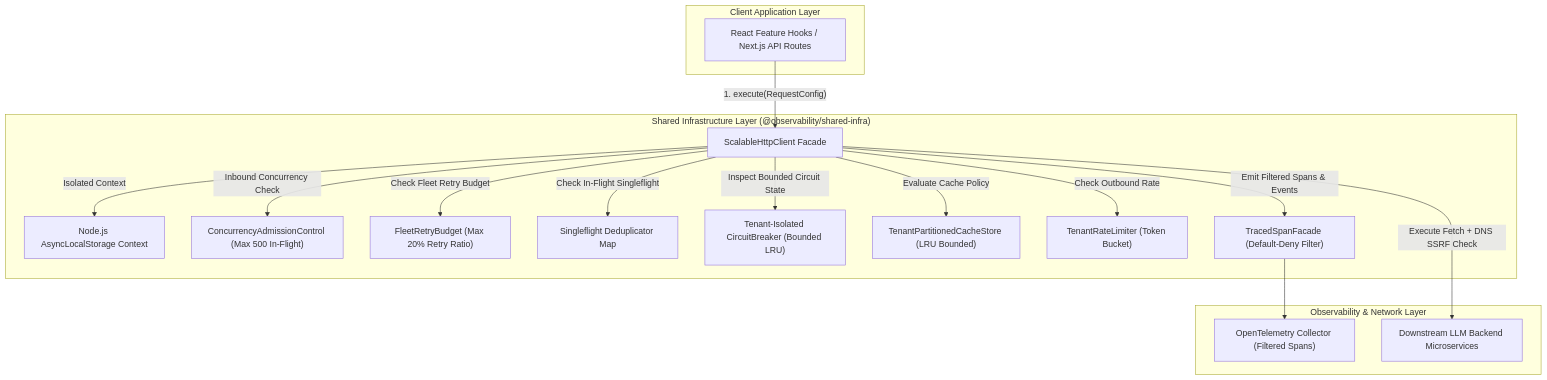
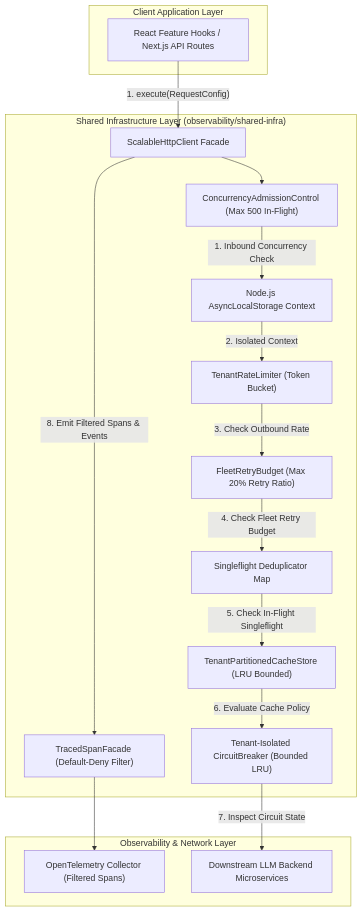
One commit to Chief-Strategist-J/llm-observability-platform changed the first of 5 diagrams in packages/node/shared-infra/docs/adr/0001-scalable-resilient-telemetry-http-pipeline.md. Above: the diagram before and after it, drawn with Mermaid. The commit also changed other lines of this file, not shown here.

Commit message:
fix(docs): restructure HLA graph flow and escape operators in ADR 0001

````diff
--- a/packages/node/shared-infra/docs/adr/0001-scalable-resilient-telemetry-http-pipeline.md
+++ b/packages/node/shared-infra/docs/adr/0001-scalable-resilient-telemetry-http-pipeline.md
@@ -107,35 +107,35 @@
 ```mermaid
 graph TD
   subgraph ClientApp ["Client Application Layer"]
     FE["React Feature Hooks / Next.js API Routes"]
   end
 
-  subgraph SharedInfra ["Shared Infrastructure Layer (@observability/shared-infra)"]
+  subgraph SharedInfra ["Shared Infrastructure Layer (observability/shared-infra)"]
     HTTP["ScalableHttpClient Facade"]
     ALS["Node.js AsyncLocalStorage Context"]
     ADM["ConcurrencyAdmissionControl (Max 500 In-Flight)"]
     BUDGET["FleetRetryBudget (Max 20% Retry Ratio)"]
     SF["Singleflight Deduplicator Map"]
     CB["Tenant-Isolated CircuitBreaker (Bounded LRU)"]
     CACHE["TenantPartitionedCacheStore (LRU Bounded)"]
     LIMIT["TenantRateLimiter (Token Bucket)"]
     SPAN["TracedSpanFacade (Default-Deny Filter)"]
   end
 
   subgraph ObsNet ["Observability & Network Layer"]
     OTEL["OpenTelemetry Collector (Filtered Spans)"]
     NET["Downstream LLM Backend Microservices"]
   end
 
   FE -->|"1. execute(RequestConfig)"| HTTP
-  HTTP -->|"Inbound Concurrency Check"| ADM
-  HTTP -->|"Isolated Context"| ALS
-  HTTP -->|"Check Outbound Rate"| LIMIT
-  HTTP -->|"Check Fleet Retry Budget"| BUDGET
-  HTTP -->|"Check In-Flight Singleflight"| SF
-  HTTP -->|"Evaluate Cache Policy"| CACHE
-  HTTP -->|"Inspect Bounded Circuit State"| CB
-  HTTP -->|"Execute Fetch + DNS SSRF Check"| NET
-  HTTP -->|"Emit Filtered Spans & Events"| SPAN
+  HTTP --> ADM
+  ADM -->|"1. Inbound Concurrency Check"| ALS
+  ALS -->|"2. Isolated Context"| LIMIT
+  LIMIT -->|"3. Check Outbound Rate"| BUDGET
+  BUDGET -->|"4. Check Fleet Retry Budget"| SF
+  SF -->|"5. Check In-Flight Singleflight"| CACHE
+  CACHE -->|"6. Evaluate Cache Policy"| CB
+  CB -->|"7. Inspect Circuit State"| NET
+  HTTP -->|"8. Emit Filtered Spans & Events"| SPAN
   SPAN --> OTEL
 ```
````
